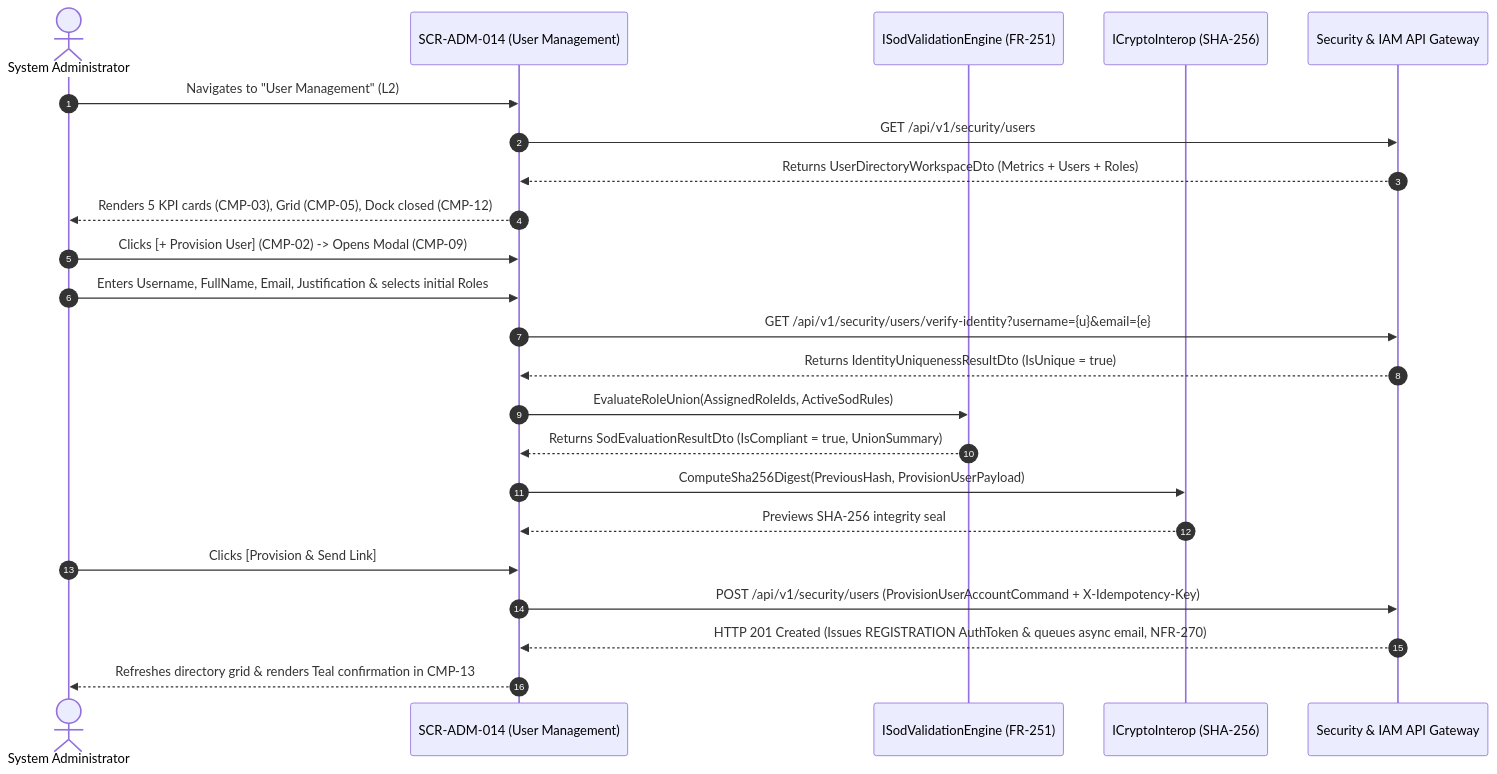
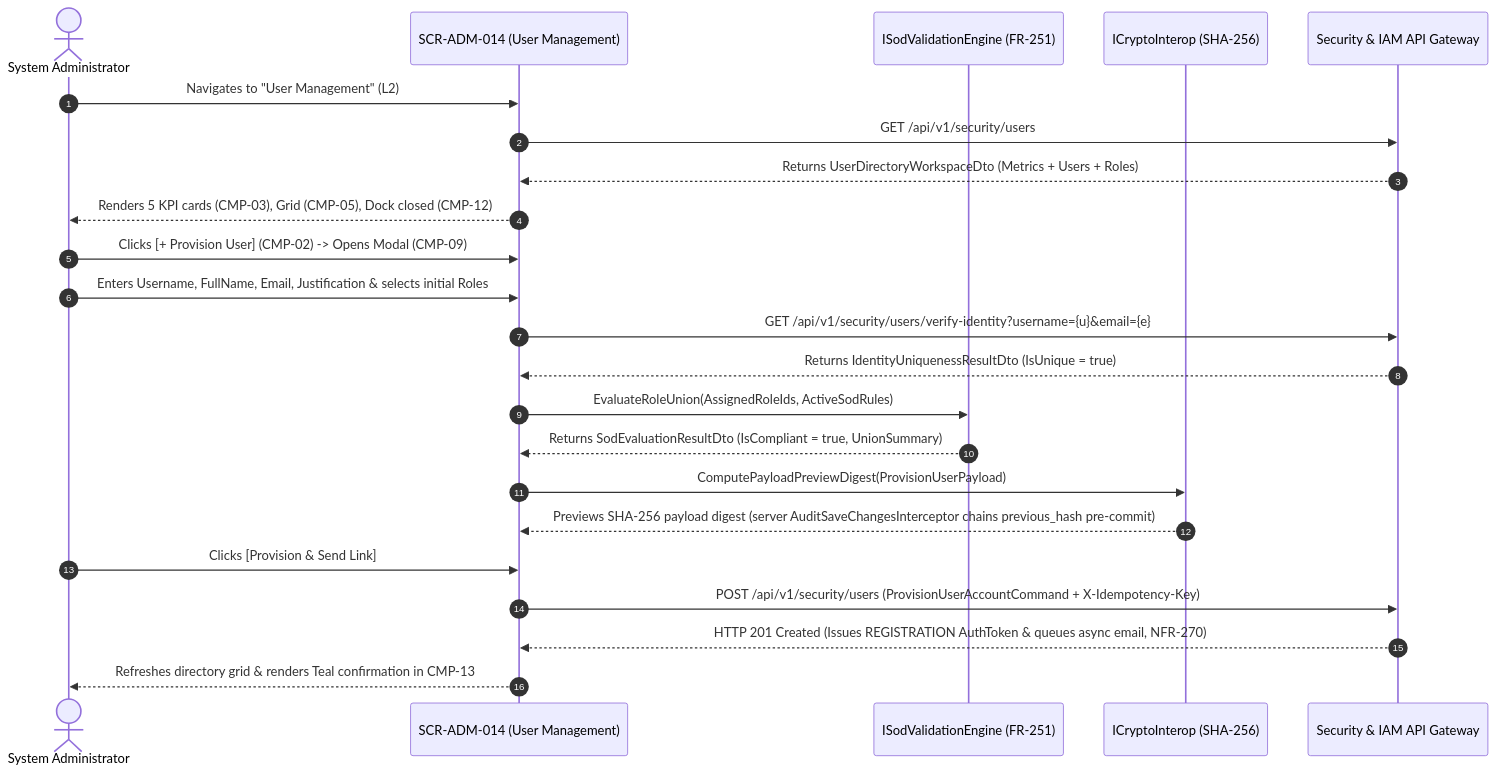
The diagram in ui-ux/screens/adm/SCR-ADM-014.md (Novav20/adso-dteam-docs), drawn with Mermaid before and after one commit. The commit also changed other lines of this file and 6 other files, not shown here.

Commit message:
docs(arch,ui-ux): switch to IEndpointFilter, sync SignalR registry, and remove client PreviousHash

````diff
--- a/ui-ux/screens/adm/SCR-ADM-014.md
+++ b/ui-ux/screens/adm/SCR-ADM-014.md
@@ -242,26 +242,26 @@
 ```mermaid
 sequenceDiagram
     autonumber
     actor Admin as System Administrator
     participant UI as SCR-ADM-014 (User Management)
     participant SoD as ISodValidationEngine (FR-251)
     participant Crypto as ICryptoInterop (SHA-256)
     participant API as Security & IAM API Gateway
 
     Admin->>UI: Navigates to "User Management" (L2)
     UI->>API: GET /api/v1/security/users
     API-->>UI: Returns UserDirectoryWorkspaceDto (Metrics + Users + Roles)
     UI-->>Admin: Renders 5 KPI cards (CMP-03), Grid (CMP-05), Dock closed (CMP-12)
     Admin->>UI: Clicks [+ Provision User] (CMP-02) -> Opens Modal (CMP-09)
     Admin->>UI: Enters Username, FullName, Email, Justification & selects initial Roles
     UI->>API: GET /api/v1/security/users/verify-identity?username={u}&email={e}
     API-->>UI: Returns IdentityUniquenessResultDto (IsUnique = true)
     UI->>SoD: EvaluateRoleUnion(AssignedRoleIds, ActiveSodRules)
     SoD-->>UI: Returns SodEvaluationResultDto (IsCompliant = true, UnionSummary)
-    UI->>Crypto: ComputeSha256Digest(PreviousHash, ProvisionUserPayload)
-    Crypto-->>UI: Previews SHA-256 integrity seal
+    UI->>Crypto: ComputePayloadPreviewDigest(ProvisionUserPayload)
+    Crypto-->>UI: Previews SHA-256 payload digest (server AuditSaveChangesInterceptor chains previous_hash pre-commit)
     Admin->>UI: Clicks [Provision & Send Link]
     UI->>API: POST /api/v1/security/users (ProvisionUserAccountCommand + X-Idempotency-Key)
     API-->>UI: HTTP 201 Created (Issues REGISTRATION AuthToken & queues async email, NFR-270)
     UI-->>Admin: Refreshes directory grid & renders Teal confirmation in CMP-13
 ```
````
